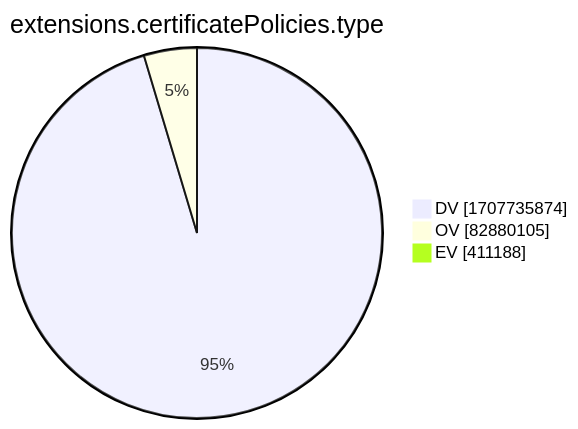
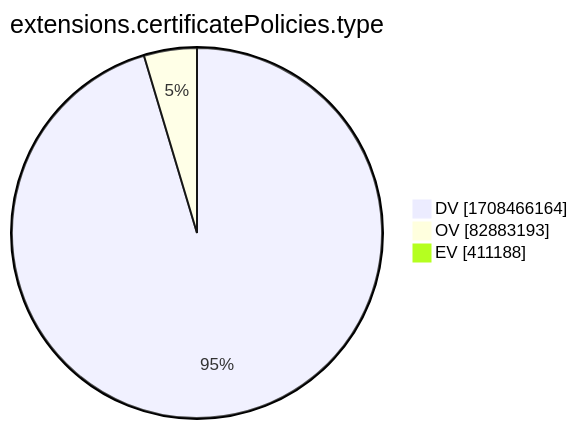
Before and after one commit to christiankrug/ctmonitor_visualization: the tenth of 15 diagrams in xenon2022/README.md, drawn with Mermaid. The commit also changed other lines of this file, not shown here.

````diff
--- a/xenon2022/README.md
+++ b/xenon2022/README.md
@@ -2881,7 +2881,7 @@
 ```mermaid
 pie showData
 title extensions.certificatePolicies.type
-"DV" :1707735874
-"OV" :82880105
+"DV" :1708466164
+"OV" :82883193
 "EV" :411188
 ```
````
